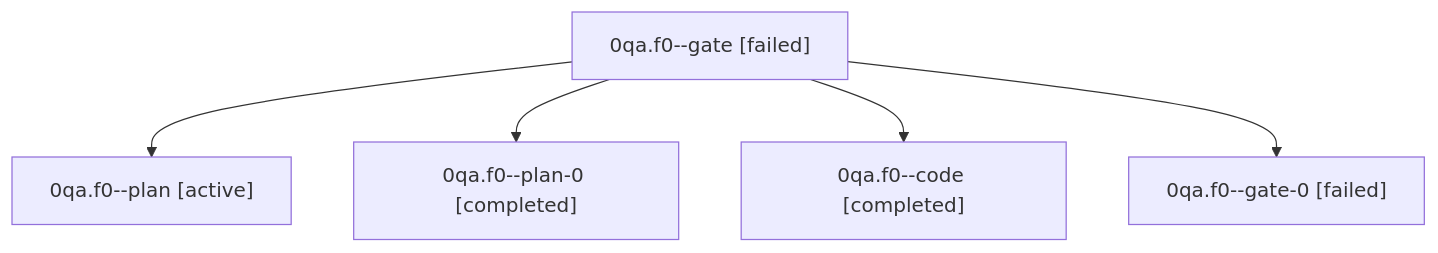
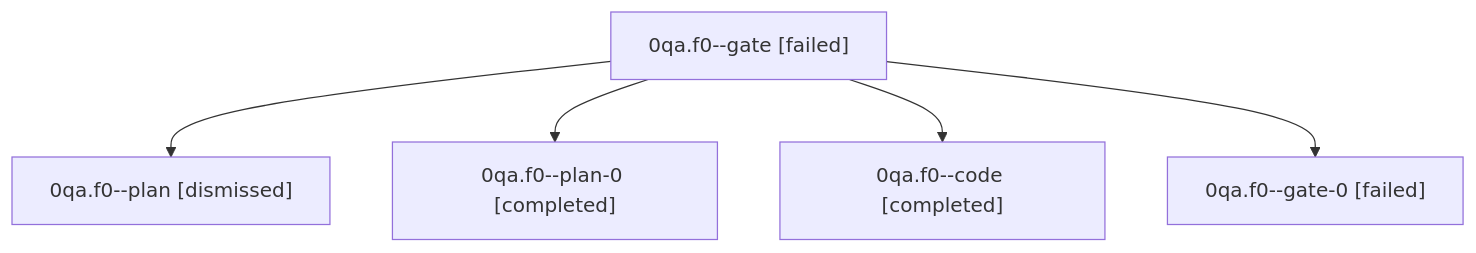
The diagram in sessions/bbugyi200.athena.0qa.f0.md (sase-org/sase--agents), drawn with Mermaid before and after one commit. The commit also changed other lines of this file and 47 other files, not shown here.

````diff
--- a/sessions/bbugyi200.athena.0qa.f0.md
+++ b/sessions/bbugyi200.athena.0qa.f0.md
@@ -9,12 +9,12 @@
 ```mermaid
 flowchart TD
   n0["0qa.f0--gate [failed]"]
-  n1["0qa.f0--plan [active]"]
+  n1["0qa.f0--plan [dismissed]"]
   n0 --> n1
   n2["0qa.f0--plan-0 [completed]"]
   n0 --> n2
   n3["0qa.f0--code [completed]"]
   n0 --> n3
   n4["0qa.f0--gate-0 [failed]"]
   n0 --> n4
 ```
````
